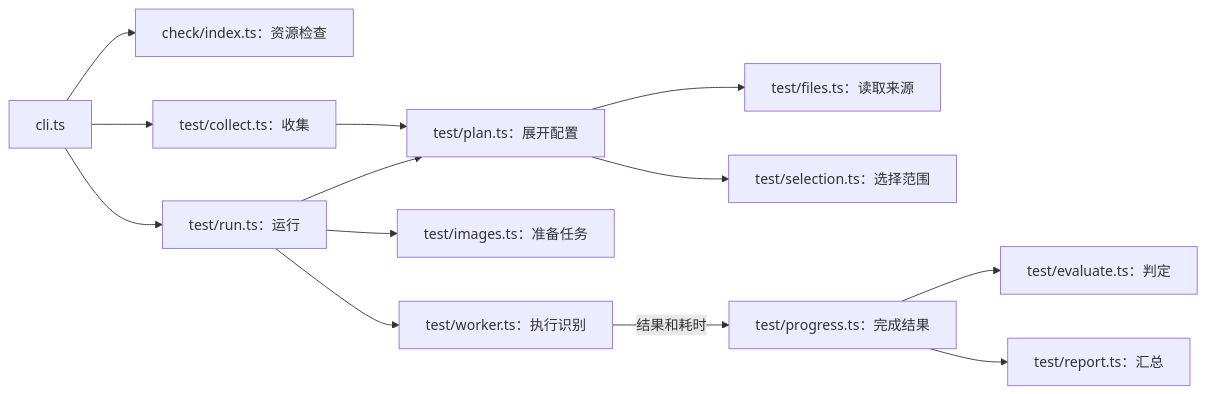
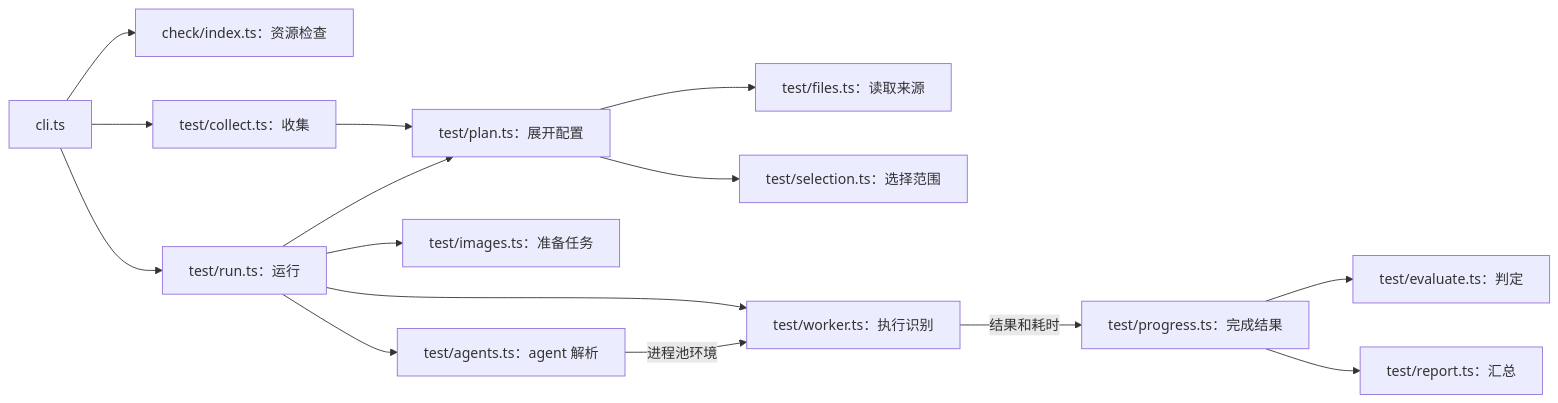
One commit to neko-para/maa-support-extension changed the diagram in docs/maa-tools/tech/README.md. Above: the diagram before and after it, drawn with Mermaid. The commit also changed other lines of this file and 19 other files, not shown here.

First line of the commit message:
feat(maa-tools): test 支持 AgentServer / Custom 识别（test.agent） (#95)

````diff
--- a/docs/maa-tools/tech/README.md
+++ b/docs/maa-tools/tech/README.md
@@ -42,15 +43,17 @@
 ```mermaid
 flowchart LR
     cli["cli.ts"] --> check["check/index.ts：资源检查"]
     cli --> collect["test/collect.ts：收集"]
     cli --> run["test/run.ts：运行"]
     collect --> plan["test/plan.ts：展开配置"]
     run --> plan
     plan --> files["test/files.ts：读取来源"]
     plan --> selection["test/selection.ts：选择范围"]
     run --> images["test/images.ts：准备任务"]
+    run --> agents["test/agents.ts：agent 解析"]
     run --> worker["test/worker.ts：执行识别"]
+    agents -->|进程池环境| worker
     worker -->|结果和耗时| progress["test/progress.ts：完成结果"]
     progress --> evaluate["test/evaluate.ts：判定"]
     progress --> report["test/report.ts：汇总"]
 ```
````
